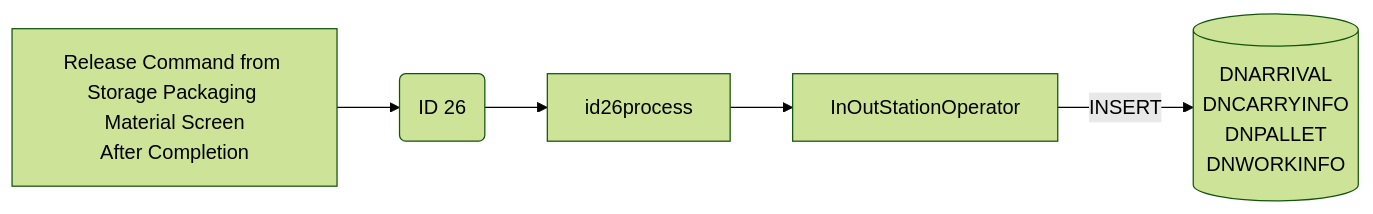
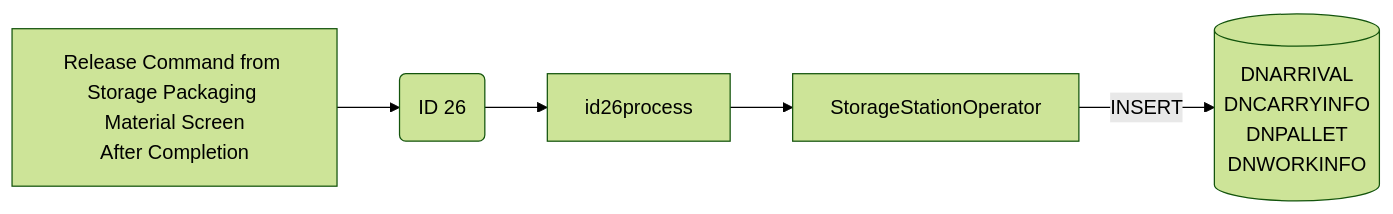
Before and after one commit to luthfiadityaa/SimeDarby-Wiki: the third of 11 diagrams in Basic-Design/DFD-WMS/Storage/Planned-Storage-Packaging-Material.md, drawn with Mermaid (forest theme). The commit also changed other lines of this file, not shown here.

Commit message:
Updated Planned Storage Packaging Material

```diff
--- a/Basic-Design/DFD-WMS/Storage/Planned-Storage-Packaging-Material.md
+++ b/Basic-Design/DFD-WMS/Storage/Planned-Storage-Packaging-Material.md
@@ -188,24 +181,24 @@
 ::: mermaid
 flowchart LR
 
 releaseCommand["
 Release Command from Storage Packaging Material Screen
 After Completion 
 "]
 
 id26msg("
 ID 26
 ")
 
 id26-insert[("
 DNARRIVAL
 DNCARRYINFO
 DNPALLET
 DNWORKINFO
 ")]
 
-InOutStationOperator[InOutStationOperator]
+StorageStationOperator[StorageStationOperator]
 
-releaseCommand-->id26msg-->id26process-->InOutStationOperator
-InOutStationOperator--> |INSERT| id26-insert
+releaseCommand-->id26msg-->id26process-->StorageStationOperator
+StorageStationOperator--> |INSERT| id26-insert
 :::
```
